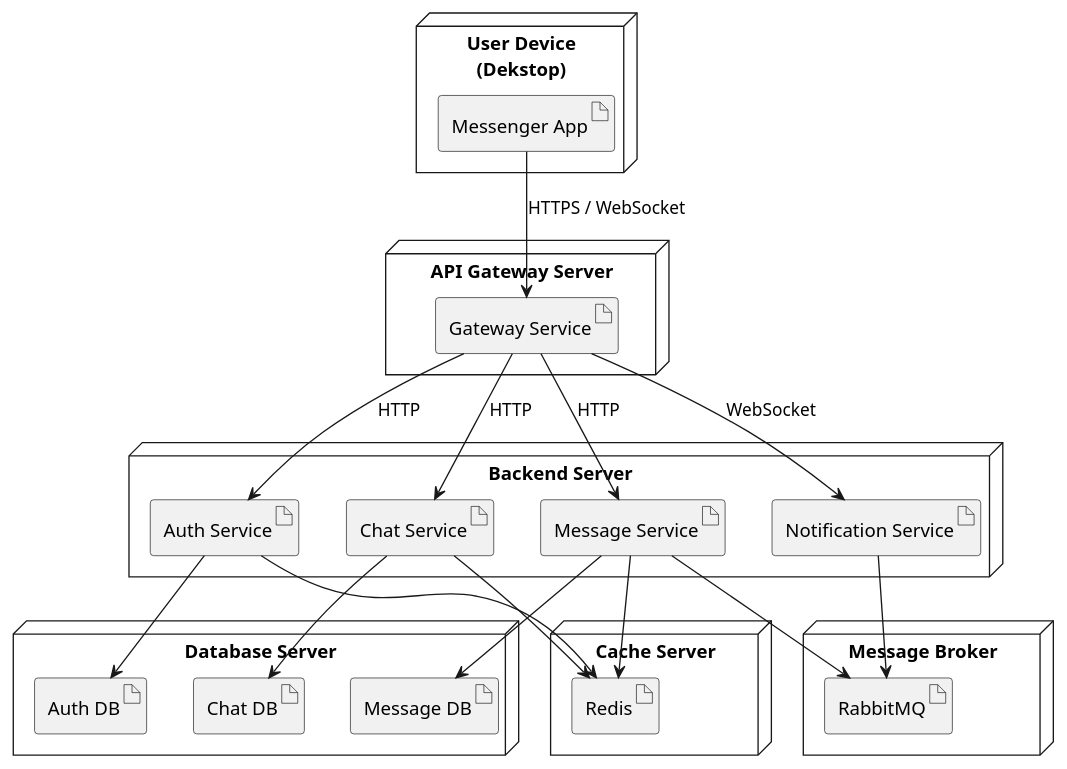
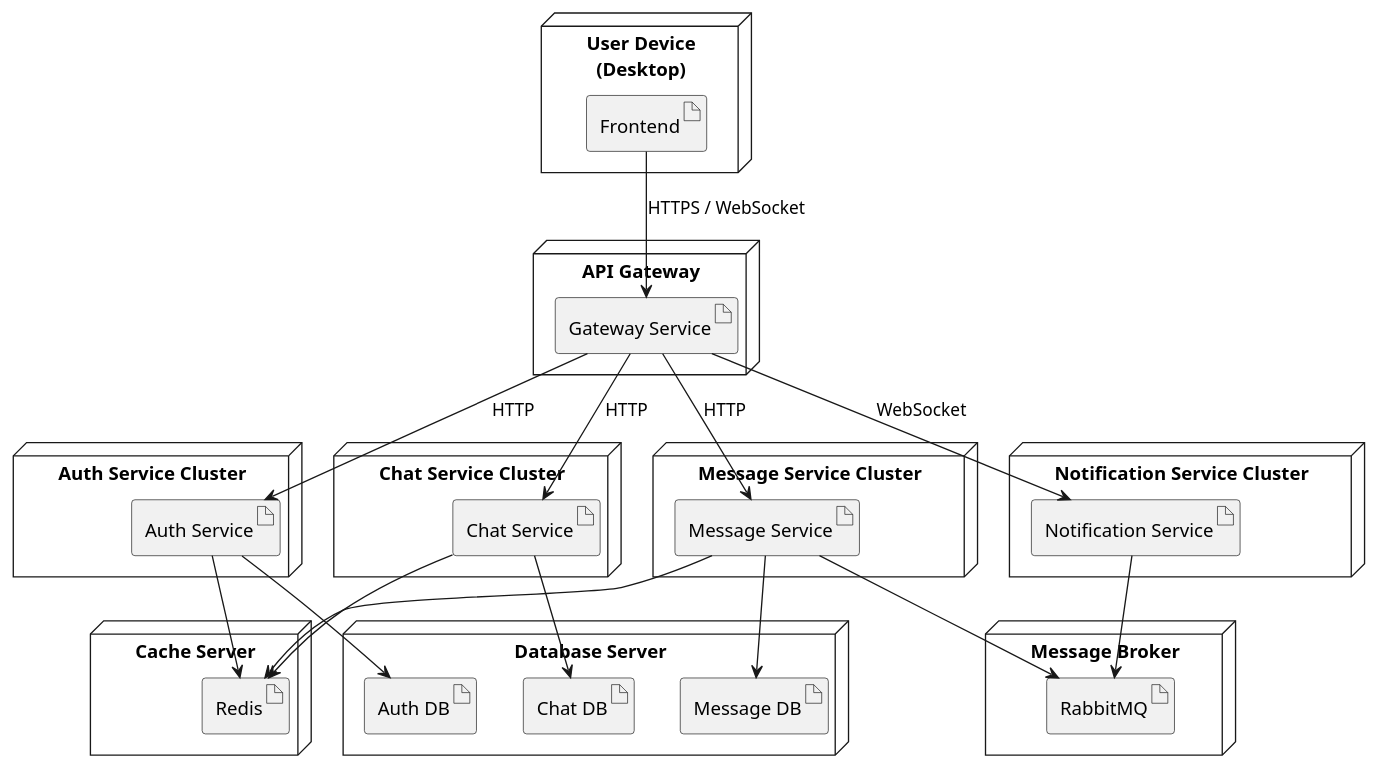
Before and after one commit to Roma3214185/Messanger: the diagram in docs/architecture/deployment_diagram.puml, drawn with PlantUML.

Commit message:
Update deployment diagram

```diff
--- a/docs/architecture/deployment_diagram.puml
+++ b/docs/architecture/deployment_diagram.puml
@@ -1,49 +1,58 @@
 @startuml
 
-node "User Device\n(Dekstop)" {
-  artifact "Messenger App"
+node "User Device\n(Desktop)" {
+  artifact "Frontend"
 }
 
-node "API Gateway Server" {
+node "API Gateway" {
   artifact "Gateway Service"
 }
 
-node "Backend Server" {
+node "Auth Service Cluster" {
   artifact "Auth Service"
+}
+
+node "Chat Service Cluster" {
   artifact "Chat Service"
+}
+
+node "Message Service Cluster" {
   artifact "Message Service"
+}
+
+node "Notification Service Cluster" {
   artifact "Notification Service"
 }
 
 node "Database Server" {
   artifact "Auth DB"
   artifact "Chat DB"
   artifact "Message DB"
 }
 
 node "Cache Server" {
   artifact "Redis"
 }
 
 node "Message Broker" {
   artifact "RabbitMQ"
 }
 
-"Messenger App" --> "Gateway Service" : HTTPS / WebSocket
+"Frontend" --> "Gateway Service" : HTTPS / WebSocket
 "Gateway Service" --> "Auth Service" : HTTP
 "Gateway Service" --> "Chat Service" : HTTP
 "Gateway Service" --> "Message Service" : HTTP
 "Gateway Service" --> "Notification Service" :  WebSocket
 
 "Auth Service" --> "Auth DB"
 "Chat Service" --> "Chat DB"
 "Message Service" --> "Message DB"
 
 "Auth Service" --> "Redis"
 "Chat Service" --> "Redis"
 "Message Service" --> "Redis"
 
 "Message Service" --> "RabbitMQ"
 "Notification Service" --> "RabbitMQ"
 
 @enduml
```
